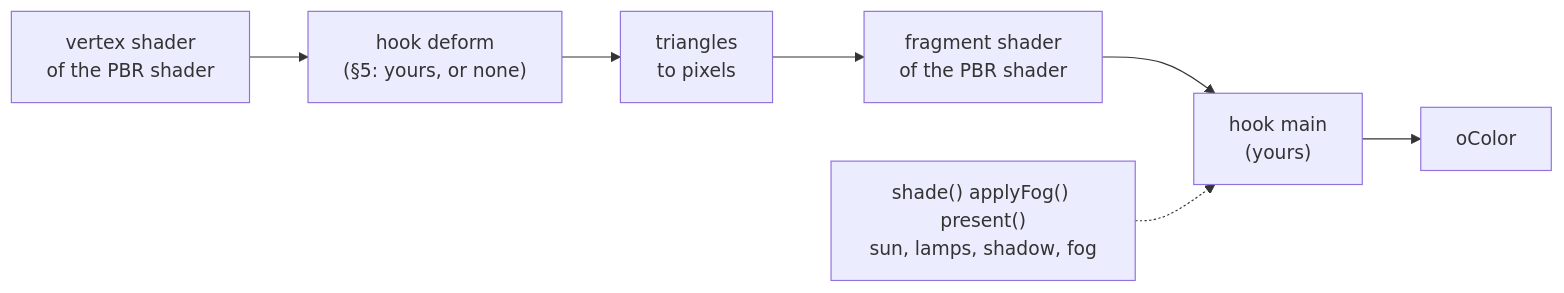
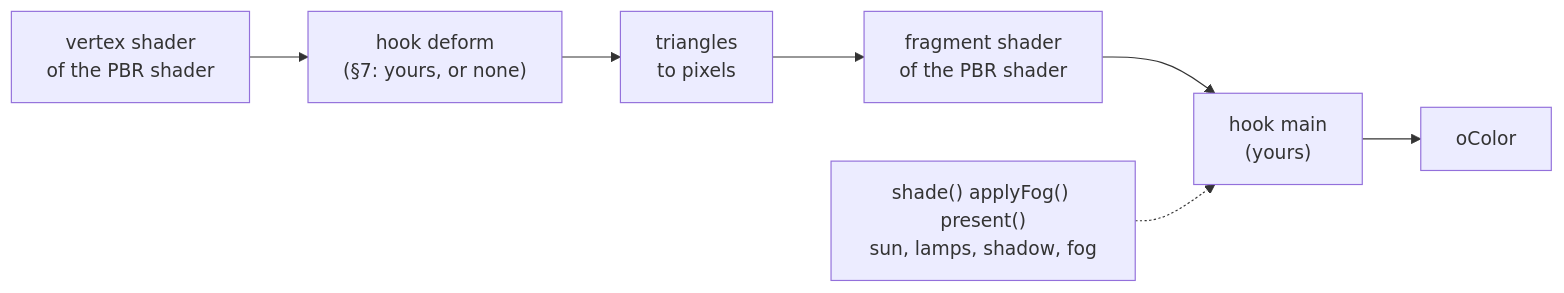
One commit to Lecrapouille/Compages changed the first of 2 diagrams in doc/12-Going-Further.md. Above: the diagram before and after it, drawn with Mermaid. The commit also changed other lines of this file and 14 other files, not shown here.

````diff
--- a/doc/12-Going-Further.md
+++ b/doc/12-Going-Further.md
@@ -43,9 +256,9 @@
 ```mermaid
 flowchart LR
-    VS["vertex shader<br/>of the PBR shader"] --> DEF["hook deform<br/>(§5: yours, or none)"]
+    VS["vertex shader<br/>of the PBR shader"] --> DEF["hook deform<br/>(§7: yours, or none)"]
     DEF --> RAST["triangles<br/>to pixels"]
     RAST --> FS["fragment shader<br/>of the PBR shader"]
     FS --> MAIN["hook main<br/>(yours)"]
     MAIN --> OUT["oColor"]
     LIB["shade() applyFog() present()<br/>sun, lamps, shadow, fog"] -.-> MAIN
 ```
````
